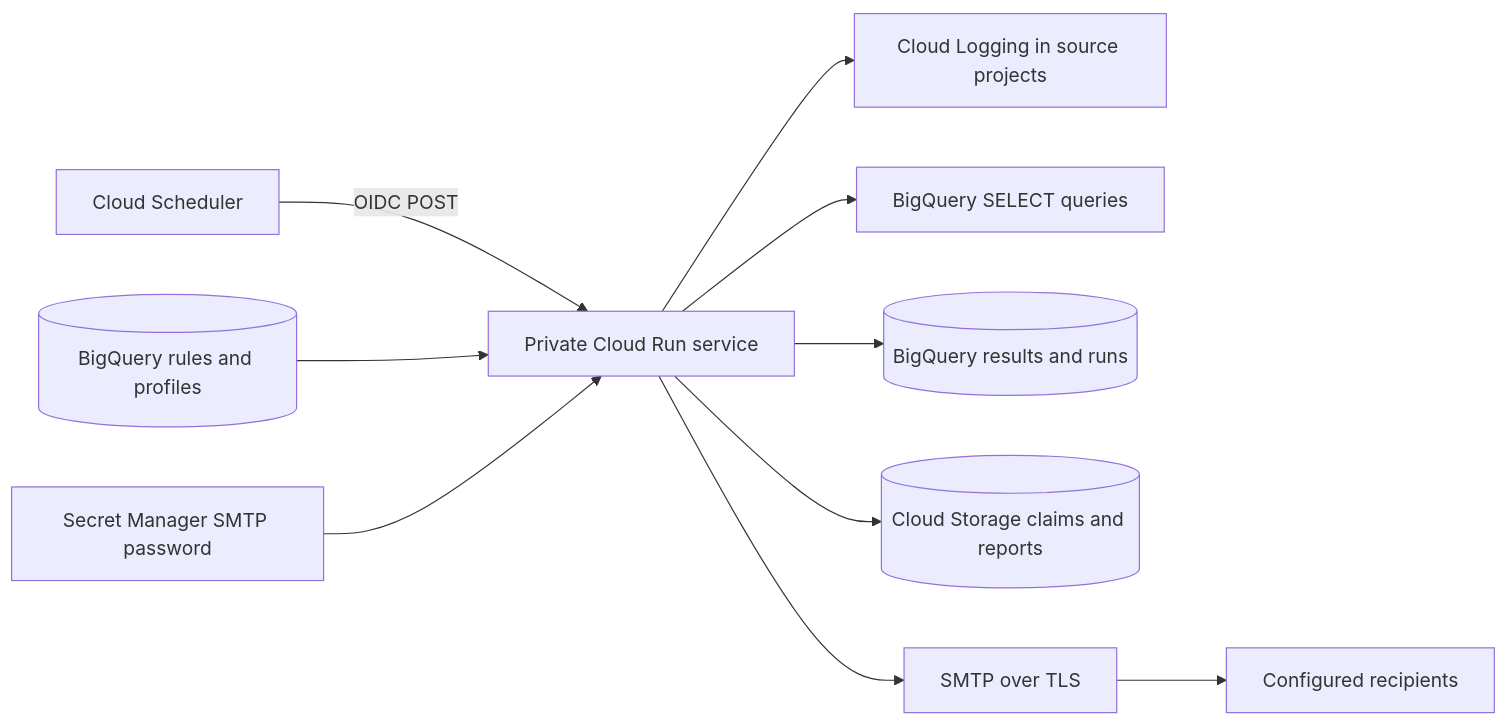
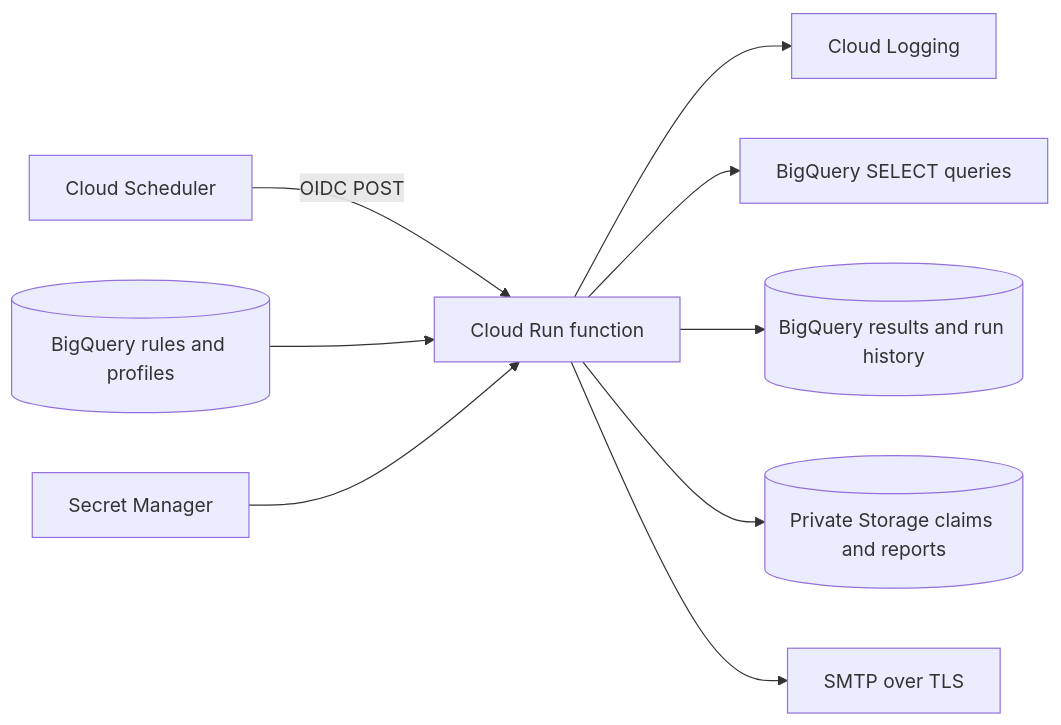
Before and after one commit to GrabarzVIII/gcp-metadata-monitor: the diagram in README.md, drawn with Mermaid. The commit also changed other lines of this file and 40 other files, not shown here.

Commit message:
refactor: deploy as a source-based Cloud Run function and harden monitoring

````diff
--- a/README.md
+++ b/README.md
@@ -25,12 +24,11 @@
 ```mermaid
 flowchart LR
-    Scheduler[Cloud Scheduler] -->|OIDC POST| Engine[Private Cloud Run service]
-    Rules[(BigQuery rules and profiles)] --> Engine
-    Engine --> Logging[Cloud Logging in source projects]
-    Engine --> Queries[BigQuery SELECT queries]
-    Engine --> History[(BigQuery results and runs)]
-    Engine --> State[(Cloud Storage claims and reports)]
-    Secret[Secret Manager SMTP password] --> Engine
-    Engine --> SMTP[SMTP over TLS]
-    SMTP --> Recipients[Configured recipients]
+    Scheduler[Cloud Scheduler] -->|OIDC POST| Function[Cloud Run function]
+    Config[(BigQuery rules and profiles)] --> Function
+    Function --> Logs[Cloud Logging]
+    Function --> SQL[BigQuery SELECT queries]
+    Function --> Results[(BigQuery results and run history)]
+    Function --> State[(Private Storage claims and reports)]
+    Secrets[Secret Manager] --> Function
+    Function --> SMTP[SMTP over TLS]
 ```
````
